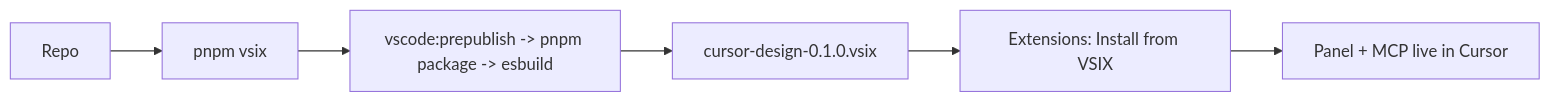
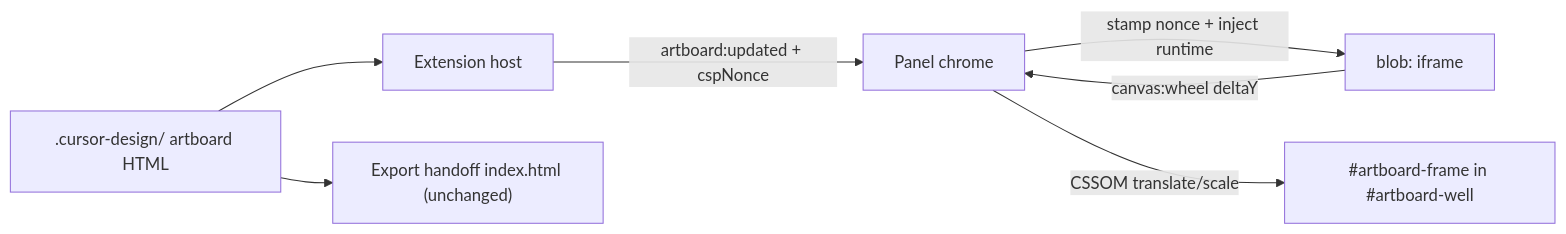
Before and after one commit to MarekBombera/cursor-design-extension: the first of 2 diagrams in blueprint/context/current-feature-overview.md, drawn with Mermaid. The commit also changed other lines of this file and 58 other files, not shown here.

Commit message:
feat: blob inject canvas zoom (6a)

````diff
--- a/blueprint/context/current-feature-overview.md
+++ b/blueprint/context/current-feature-overview.md
@@ -22,8 +11,9 @@
 ```mermaid
 flowchart LR
-  Repo["Repo"] --> Vsix["pnpm vsix"]
-  Vsix --> Pre["vscode:prepublish -> pnpm package -> esbuild"]
-  Pre --> Artifact["cursor-design-0.1.0.vsix"]
-  Artifact --> Install["Extensions: Install from VSIX"]
-  Install --> Live["Panel + MCP live in Cursor"]
+  Disk[".cursor-design/ artboard HTML"] --> Host["Extension host"]
+  Host -->|artboard:updated + cspNonce| Chrome["Panel chrome"]
+  Chrome -->|stamp nonce + inject runtime| Blob["blob: iframe"]
+  Blob -->|canvas:wheel deltaY| Chrome
+  Chrome -->|CSSOM translate/scale| Frame["#artboard-frame in #artboard-well"]
+  Disk --> Export["Export handoff index.html (unchanged)"]
 ```
````
